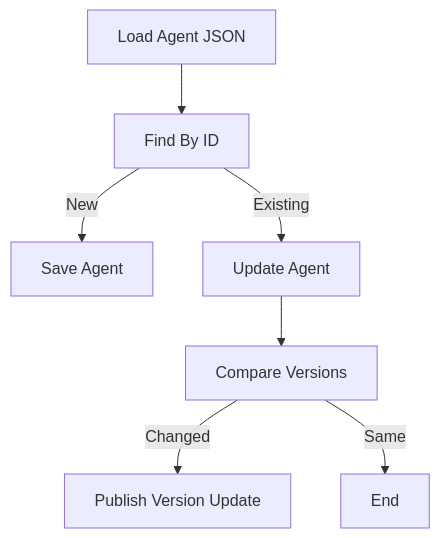
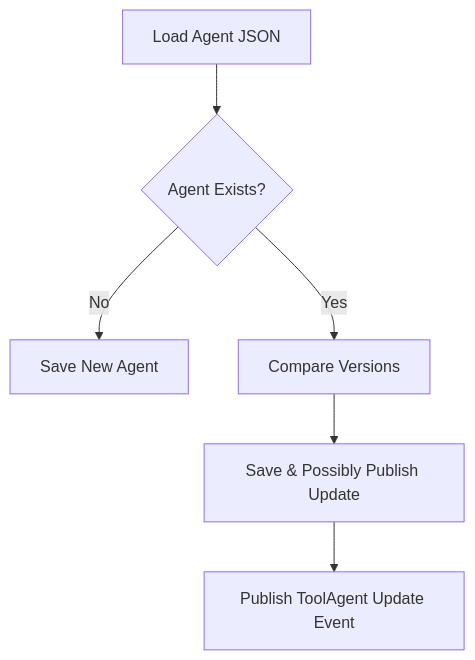
One commit to Praesto-Pro/openframe-oss-tenant changed the fourth of 5 diagrams in docs/architecture/management-service-core/management-service-core.md. Above: the diagram before and after it, drawn with Mermaid. The commit also changed other lines of this file and 214 other files, not shown here.

````diff
--- a/docs/architecture/management-service-core/management-service-core.md
+++ b/docs/architecture/management-service-core/management-service-core.md
@@ -161,9 +203,8 @@
 ```mermaid
 flowchart TD
-    LoadFile["Load Agent JSON"] --> ExistsCheck["Find By ID"]
-    ExistsCheck -->|"New"| SaveNew["Save Agent"]
-    ExistsCheck -->|"Existing"| Update["Update Agent"]
-    Update --> Compare["Compare Versions"]
-    Compare -->|"Changed"| Publish["Publish Version Update"]
-    Compare -->|"Same"| End["End"]
+    LoadAgent["Load Agent JSON"] --> Exists{"Agent Exists?"}
+    Exists -->|"No"| Create["Save New Agent"]
+    Exists -->|"Yes"| Compare["Compare Versions"]
+    Compare --> Update["Save & Possibly Publish Update"]
+    Update --> Publish["Publish ToolAgent Update Event"]
 ```
````
